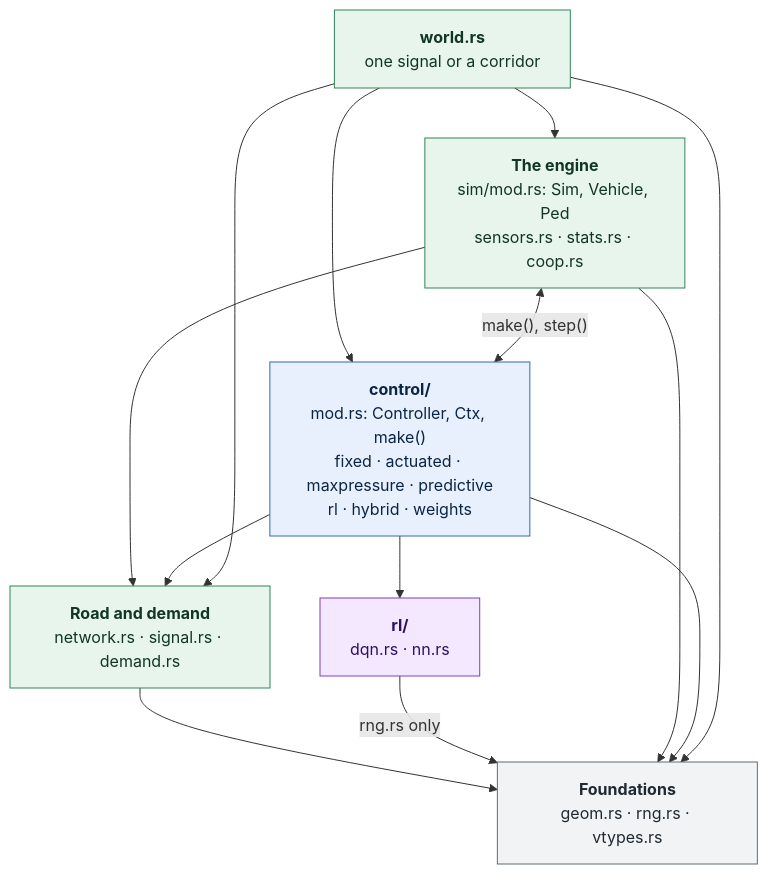
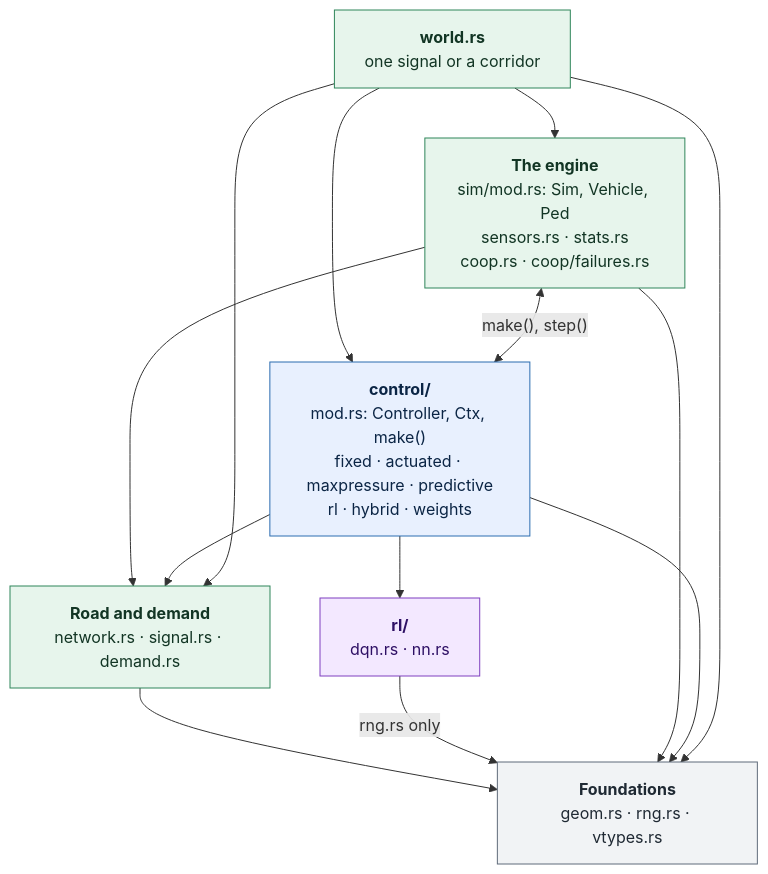
Before and after one commit to schreck61/intersection-lab: the third of 22 diagrams in docs/architecture.md, drawn with Mermaid. The commit also changed other lines of this file and 13 other files, not shown here.

````diff
--- a/docs/architecture.md
+++ b/docs/architecture.md
@@ -283,29 +286,29 @@
 ```mermaid
 flowchart TB
     world["<b>world.rs</b><br/>one signal or a corridor"]
-    ENGINE["<b>The engine</b><br/>sim/mod.rs: Sim, Vehicle, Ped<br/>sensors.rs · stats.rs · coop.rs"]
+    ENGINE["<b>The engine</b><br/>sim/mod.rs: Sim, Vehicle, Ped<br/>sensors.rs · stats.rs<br/>coop.rs · coop/failures.rs"]
     CONTROL["<b>control/</b><br/>mod.rs: Controller, Ctx, make()<br/>fixed · actuated · maxpressure · predictive<br/>rl · hybrid · weights"]
     RLM["<b>rl/</b><br/>dqn.rs · nn.rs"]
     MODEL["<b>Road and demand</b><br/>network.rs · signal.rs · demand.rs"]
     BASE["<b>Foundations</b><br/>geom.rs · rng.rs · vtypes.rs"]
     world --> ENGINE
     world --> CONTROL
     ENGINE <-->|"make(), step()"| CONTROL
     CONTROL --> RLM
     ENGINE --> MODEL
     CONTROL --> MODEL
     world --> MODEL
     MODEL --> BASE
     RLM -->|"rng.rs only"| BASE
     ENGINE --> BASE
     CONTROL --> BASE
     world --> BASE
     classDef sim fill:#e7f5ec,stroke:#2f855a,color:#123524
     classDef ctrl fill:#e8f0fe,stroke:#2b6cb0,color:#0b2545
     classDef rl fill:#f3e8ff,stroke:#7e3fbf,color:#2e1065
     classDef data fill:#f1f3f5,stroke:#5f6b7a,color:#1f2933
     class world,ENGINE,MODEL sim
     class CONTROL ctrl
     class RLM rl
     class BASE data
 ```
````
